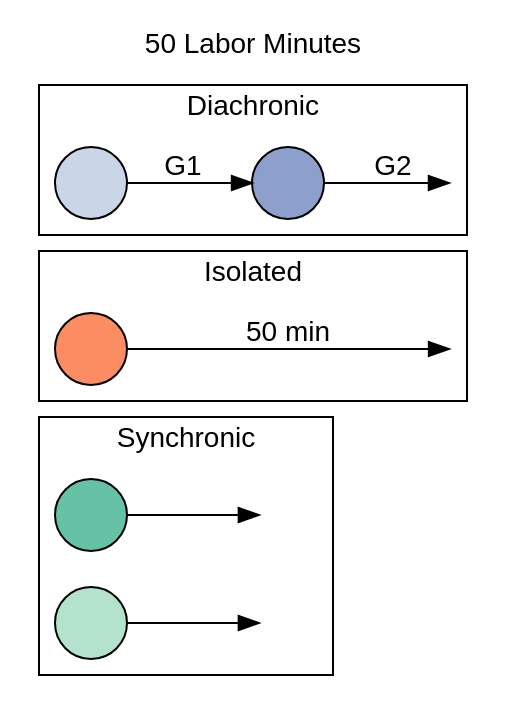
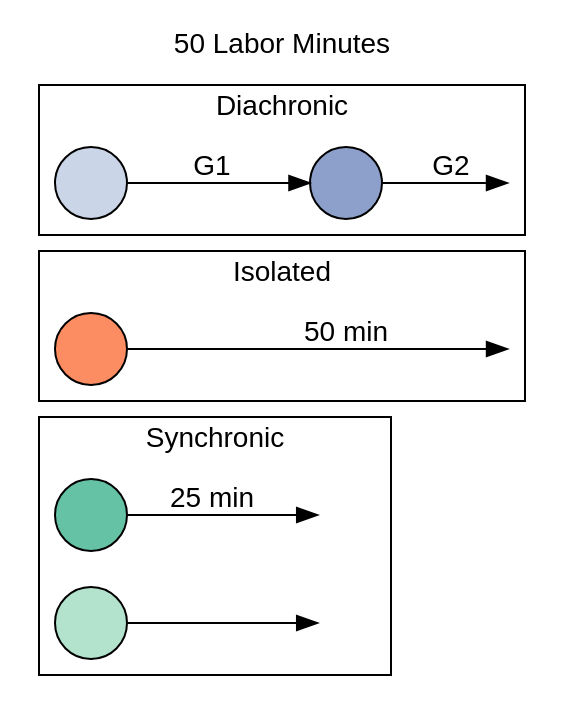
The diagram in inst/extdata/team-structures-exp1.gv (pedmiston/totems-data), drawn with Graphviz before and after one commit. The commit also changed 3 other files, not shown here.

Commit message:
Update exp diagrams

```diff
--- a/inst/extdata/team-structures-exp1.gv
+++ b/inst/extdata/team-structures-exp1.gv
@@ -1,46 +1,46 @@
 digraph {
   rankdir=LR;
   label="50 Labor Minutes";
   labelloc=t;
   fontname=helvetica;
   // bgcolor=transparent;
 
   node[fontname=Helvetica; label=""; style=filled];
   edge[fontname=Helvetica];
 
   // Set cluster order (top to bottom) by initializing
   // nodes in each cluster starting from bottom to top
   s1, solo, d1;
 
   // Shapes are projects
   d1, d2, solo, s1, s2[shape=circle];
 
   // Colors are people
   s1[fillcolor="#66C2A5"];
   s2[fillcolor="#b3e2cd"];
   d1[fillcolor="#cbd5e8"];
   d2[fillcolor="#8DA0CB"];
   solo[fillcolor="#FC8D62"]
 
   // Invisible last nodes
   dinv1, soloinv1[style=invis, width=0];
   sinv1, sinv2[style=invis, width=0.4];
 
   subgraph cluster1 {
     label="Diachronic";
     d1 -> d2[label="G1"]
     d2 -> dinv1[label="G2"];
   }
 
   subgraph cluster2 {
     label="Isolated";
     solo -> soloinv1[minlen=2 label="50 min"];
   }
 
   subgraph cluster3 {
     label="Synchronic";
-    s1 -> sinv1;
+    s1 -> sinv1[label="25 min"];
     s2 -> sinv2;
   }
 
 }
```
